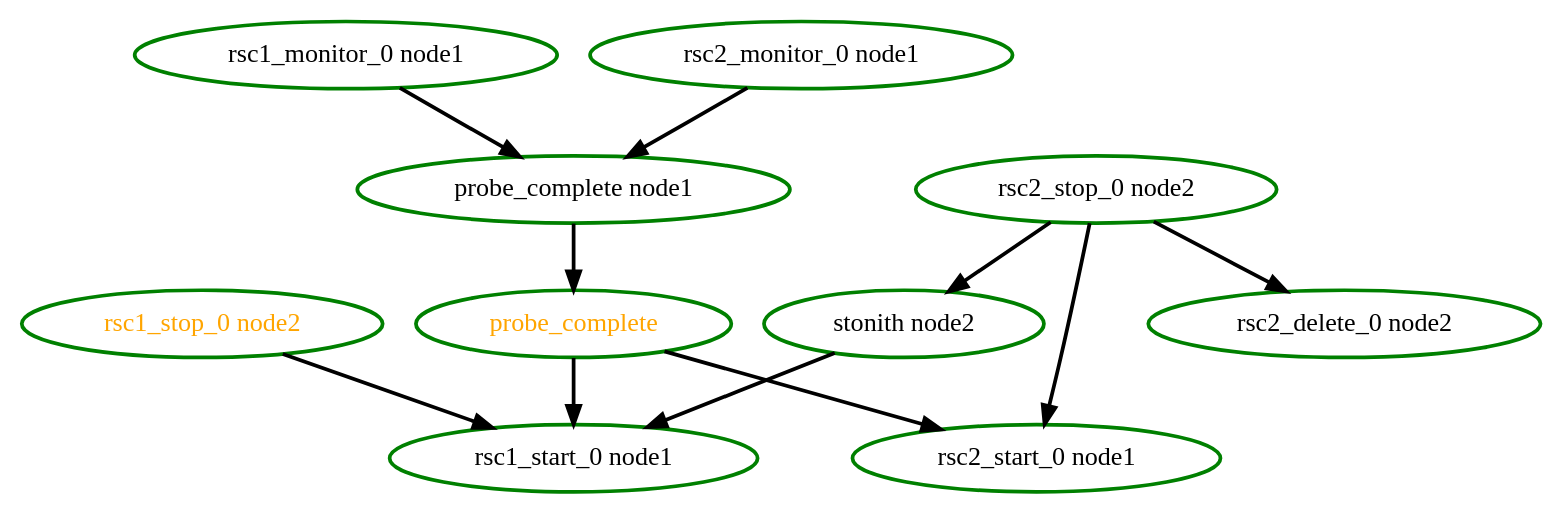
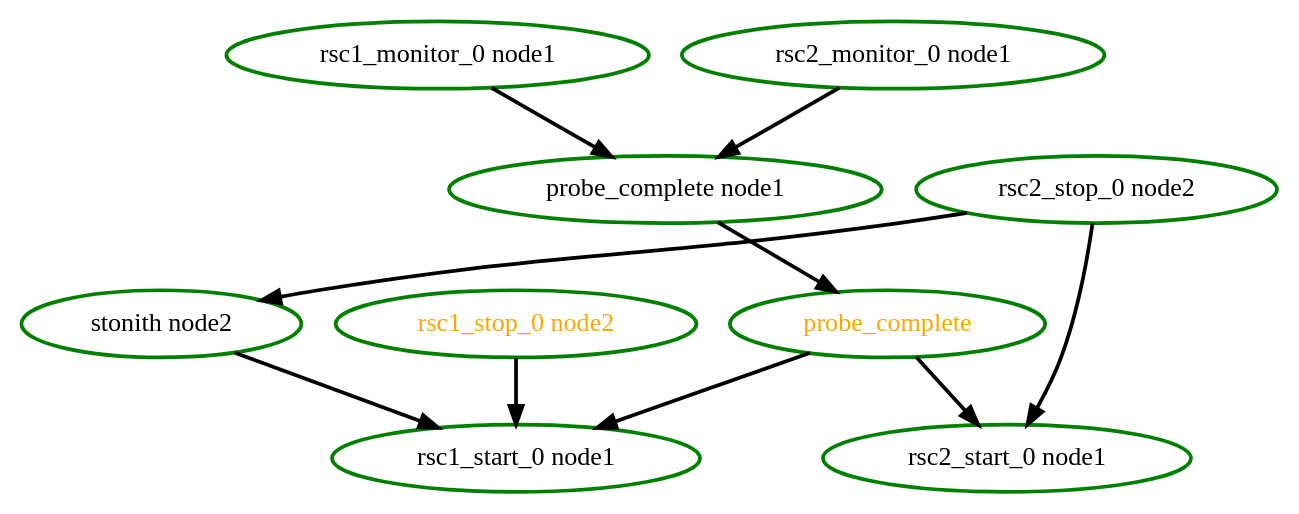
One commit to richiewen8/heartbeat changed the diagram in crm/pengine/testcases/rec-rsc-5.dot. Above: the diagram before and after it, drawn with Graphviz. The commit also changed 105 other files, not shown here.

```diff
--- a/crm/pengine/testcases/rec-rsc-5.dot
+++ b/crm/pengine/testcases/rec-rsc-5.dot
@@ -1,23 +1,21 @@
 digraph "g" {
 	size = "30,30"
 "rsc1_stop_0 node2" [ style=bold color="green" fontcolor="orange" ]
 "probe_complete" [ style=bold color="green" fontcolor="orange" ]
 "probe_complete node1" [ style=bold color="green" fontcolor="black" ]
 "rsc1_monitor_0 node1" [ style=bold color="green" fontcolor="black" ]
 "rsc2_monitor_0 node1" [ style=bold color="green" fontcolor="black" ]
 "rsc1_start_0 node1" [ style=bold color="green" fontcolor="black" ]
 "rsc2_stop_0 node2" [ style=bold color="green" fontcolor="black" ]
 "rsc2_start_0 node1" [ style=bold color="green" fontcolor="black" ]
-"rsc2_delete_0 node2" [ style=bold color="green" fontcolor="black" ]
 "stonith node2" [ style=bold color="green" fontcolor="black" ]
 "probe_complete node1" -> "probe_complete" [ style = bold]
 "rsc1_monitor_0 node1" -> "probe_complete node1" [ style = bold]
 "rsc2_monitor_0 node1" -> "probe_complete node1" [ style = bold]
 "rsc1_stop_0 node2" -> "rsc1_start_0 node1" [ style = bold]
 "probe_complete" -> "rsc1_start_0 node1" [ style = bold]
 "stonith node2" -> "rsc1_start_0 node1" [ style = bold]
 "probe_complete" -> "rsc2_start_0 node1" [ style = bold]
 "rsc2_stop_0 node2" -> "rsc2_start_0 node1" [ style = bold]
-"rsc2_stop_0 node2" -> "rsc2_delete_0 node2" [ style = bold]
 "rsc2_stop_0 node2" -> "stonith node2" [ style = bold]
 }
```
